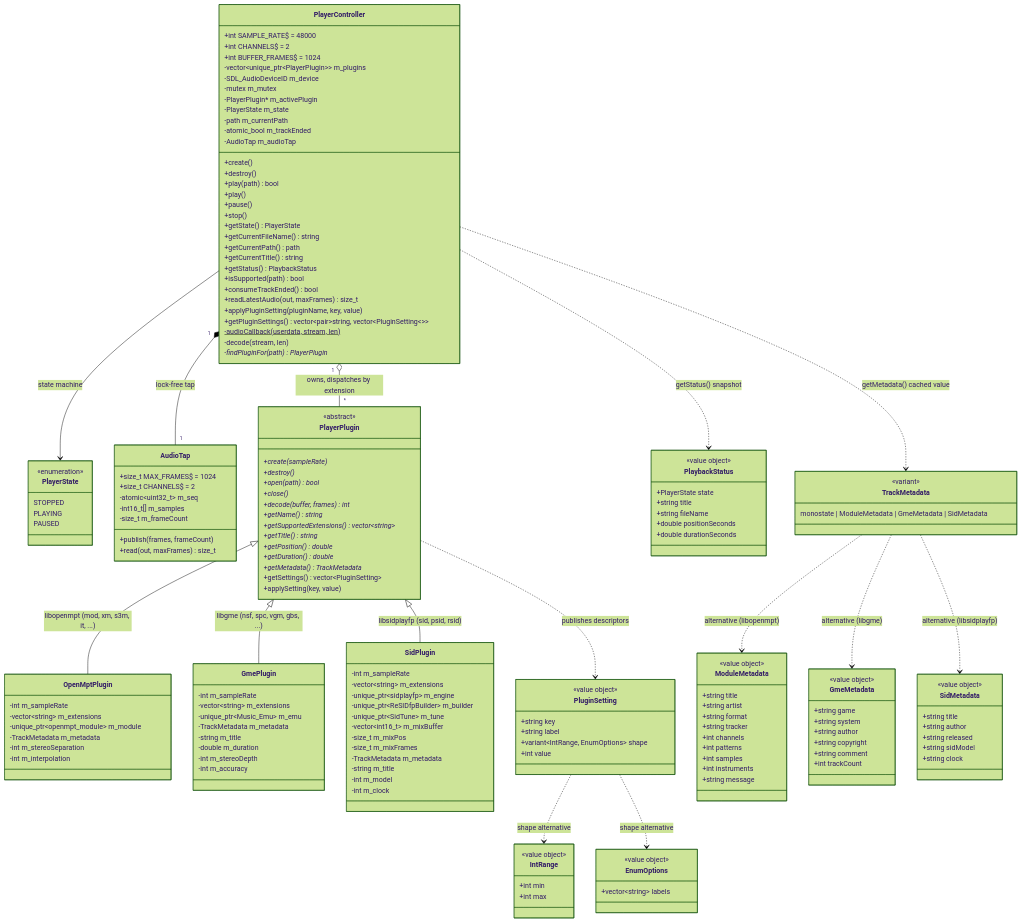
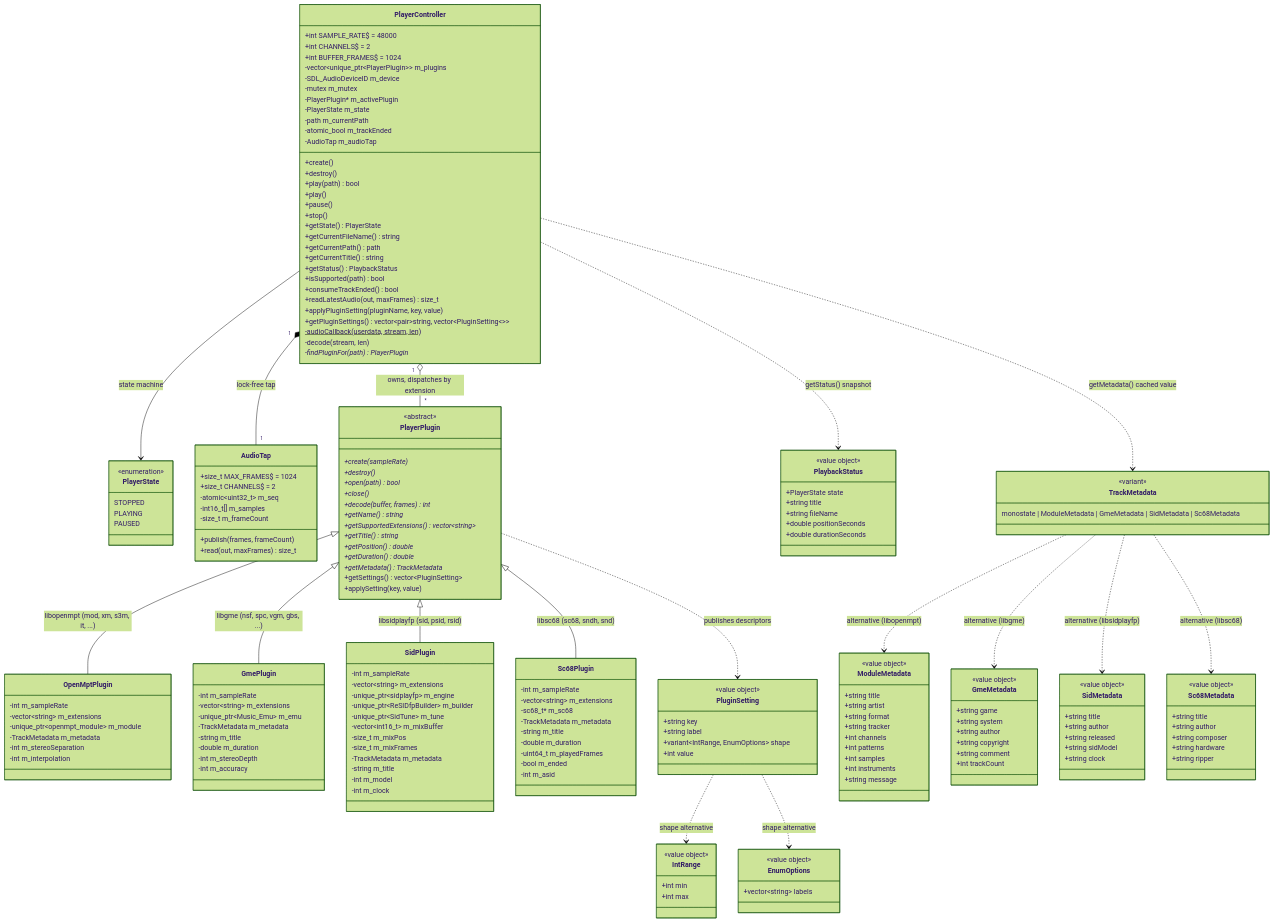
One commit to notnotme/osp2 changed the diagram in docs/audio.md. Above: the diagram before and after it, drawn with Mermaid (forest theme). The commit also changed other lines of this file and 12 other files, not shown here.

```diff
--- a/docs/audio.md
+++ b/docs/audio.md
@@ -106,6 +106,18 @@
         -int m_clock
     }
 
+    class Sc68Plugin {
+        -int m_sampleRate
+        -vector~string~ m_extensions
+        -sc68_t* m_sc68
+        -TrackMetadata m_metadata
+        -string m_title
+        -double m_duration
+        -uint64_t m_playedFrames
+        -bool m_ended
+        -int m_asid
+    }
+
     class PluginSetting {
         <<value object>>
         +string key
@@ -166,9 +178,18 @@
         +string clock
     }
 
+    class Sc68Metadata {
+        <<value object>>
+        +string title
+        +string author
+        +string composer
+        +string hardware
+        +string ripper
+    }
+
     class TrackMetadata {
         <<variant>>
-        monostate | ModuleMetadata | GmeMetadata | SidMetadata
+        monostate | ModuleMetadata | GmeMetadata | SidMetadata | Sc68Metadata
     }
 
     PlayerController --> PlayerState : state machine
@@ -179,9 +200,11 @@
     PlayerPlugin <|-- OpenMptPlugin : libopenmpt (mod, xm, s3m, it, ...)
     PlayerPlugin <|-- GmePlugin : libgme (nsf, spc, vgm, gbs, ...)
     PlayerPlugin <|-- SidPlugin : libsidplayfp (sid, psid, rsid)
+    PlayerPlugin <|-- Sc68Plugin : libsc68 (sc68, sndh, snd)
     TrackMetadata ..> ModuleMetadata : alternative (libopenmpt)
     TrackMetadata ..> GmeMetadata : alternative (libgme)
     TrackMetadata ..> SidMetadata : alternative (libsidplayfp)
+    TrackMetadata ..> Sc68Metadata : alternative (libsc68)
     PlayerPlugin ..> PluginSetting : publishes descriptors
     PluginSetting ..> IntRange : shape alternative
     PluginSetting ..> EnumOptions : shape alternative
```
